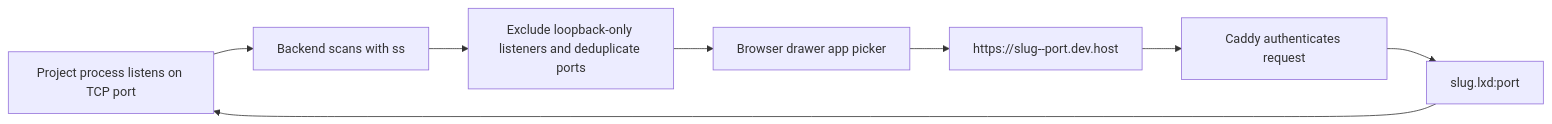
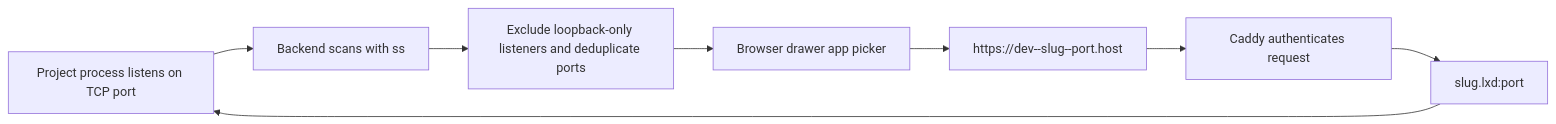
Before and after one commit to AbdallahMohamedDotnet/remote.futrx: the first of 7 diagrams in docs/03-platform/06-previews-and-browser.md, drawn with Mermaid. The commit also changed other lines of this file and 49 other files, not shown here.

````diff
--- a/docs/03-platform/06-previews-and-browser.md
+++ b/docs/03-platform/06-previews-and-browser.md
@@ -12,10 +12,10 @@
 ```mermaid
 flowchart LR
     App["Project process listens on TCP port"] --> Scan["Backend scans with ss"]
     Scan --> Filter["Exclude loopback-only listeners and deduplicate ports"]
     Filter --> Picker["Browser drawer app picker"]
-    Picker --> URL["https://slug--port.dev.host"]
+    Picker --> URL["https://dev--slug--port.host"]
     URL --> Caddy["Caddy authenticates request"]
     Caddy --> DNS["slug.lxd:port"]
     DNS --> App
 ```
````
